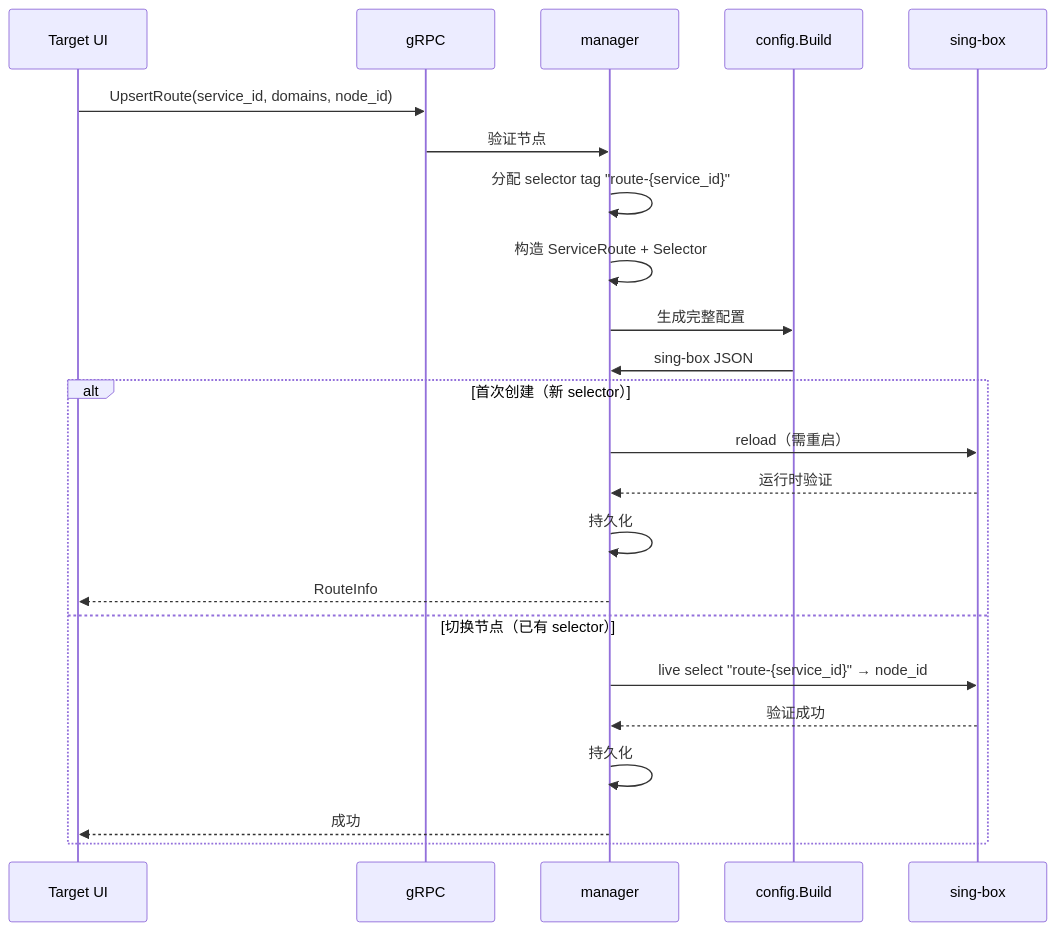
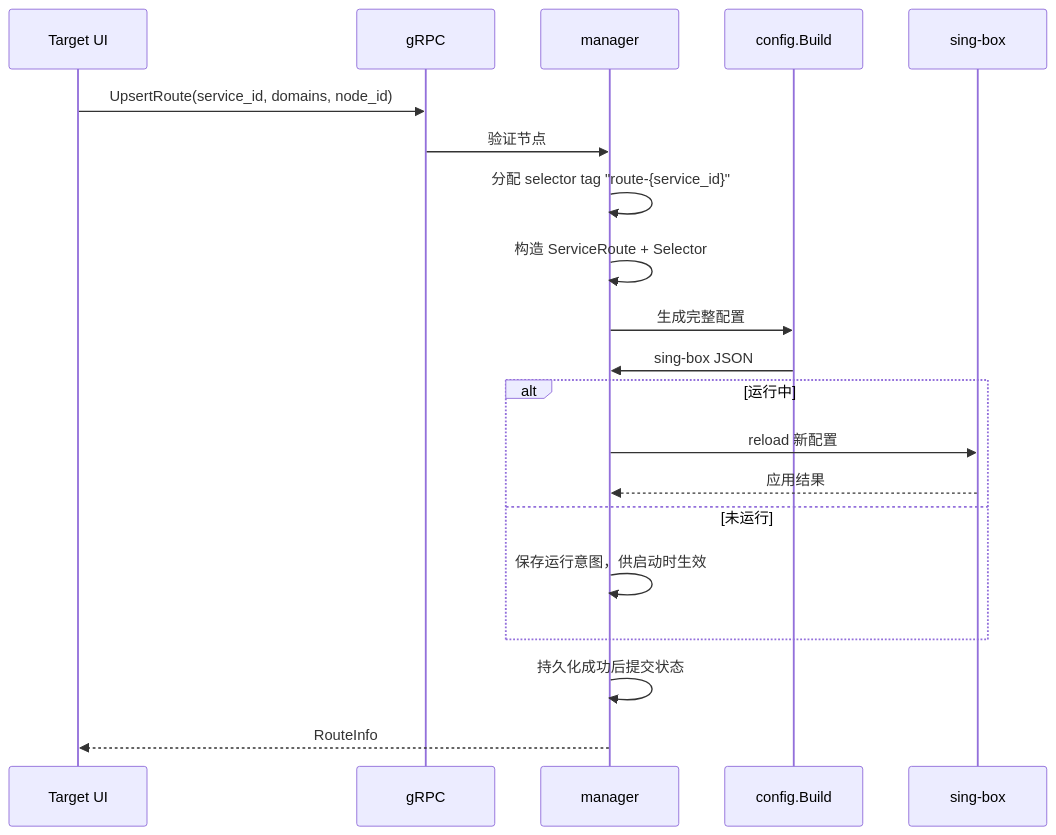
Before and after one commit to TargetProxy/TargetLib: the fourth of 5 diagrams in docs/DESIGN.md, drawn with Mermaid. The commit also changed other lines of this file and 40 other files, not shown here.

````diff
--- a/docs/DESIGN.md
+++ b/docs/DESIGN.md
@@ -114,27 +115,24 @@
 ```mermaid
 sequenceDiagram
     participant UI as Target UI
     participant RPC as gRPC
     participant M as manager
     participant C as config.Build
     participant B as sing-box
 
     UI->>RPC: UpsertRoute(service_id, domains, node_id)
     RPC->>M: 验证节点
     M->>M: 分配 selector tag "route-{service_id}"
     M->>M: 构造 ServiceRoute + Selector
     M->>C: 生成完整配置
     C->>M: sing-box JSON
     
-    alt 首次创建（新 selector）
-        M->>B: reload（需重启）
-        B-->>M: 运行时验证
-        M->>M: 持久化
-        M-->>UI: RouteInfo
-    else 切换节点（已有 selector）
-        M->>B: live select "route-{service_id}" → node_id
-        B-->>M: 验证成功
-        M->>M: 持久化
-        M-->>UI: 成功
+    alt 运行中
+        M->>B: reload 新配置
+        B-->>M: 应用结果
+    else 未运行
+        M->>M: 保存运行意图，供启动时生效
     end
+    M->>M: 持久化成功后提交状态
+    M-->>UI: RouteInfo
 ```
````
